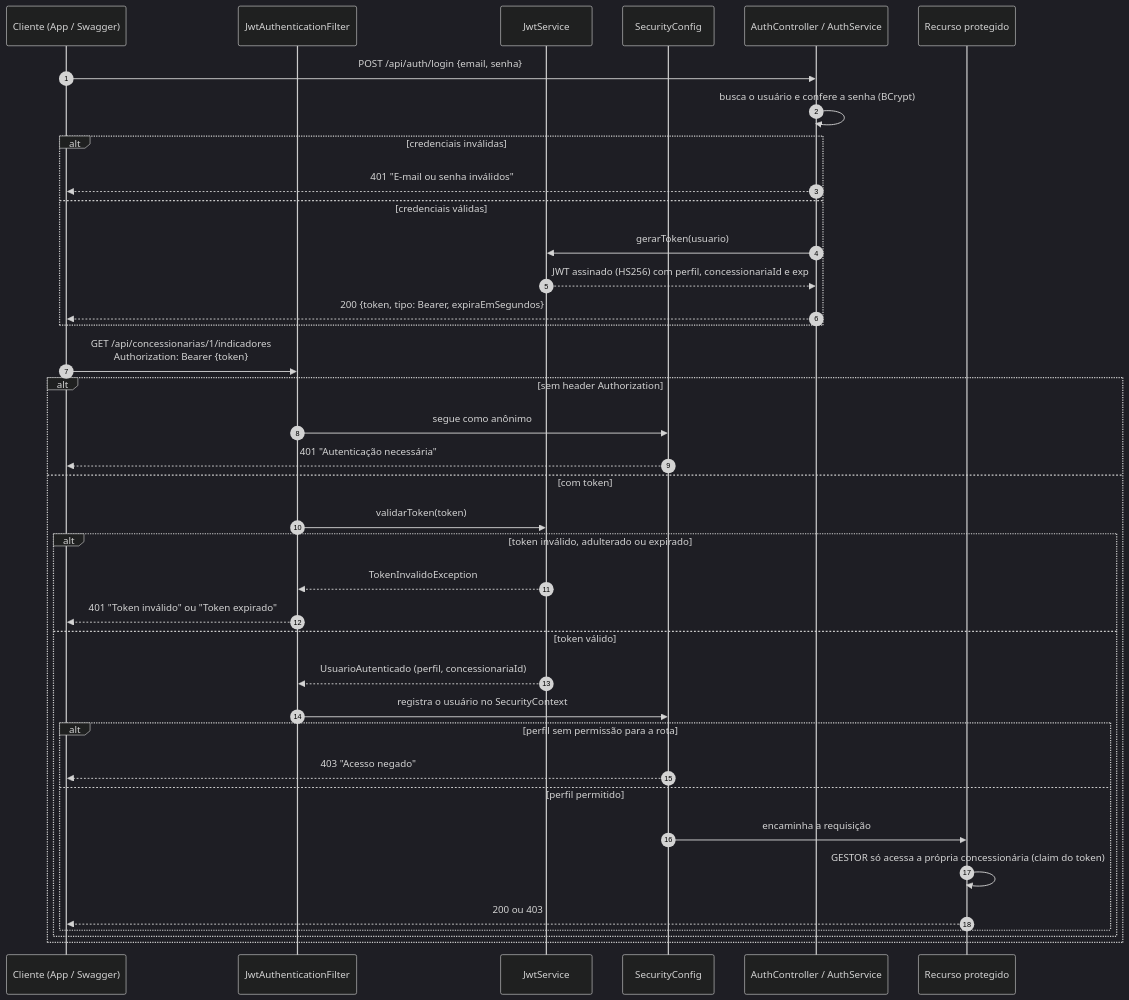
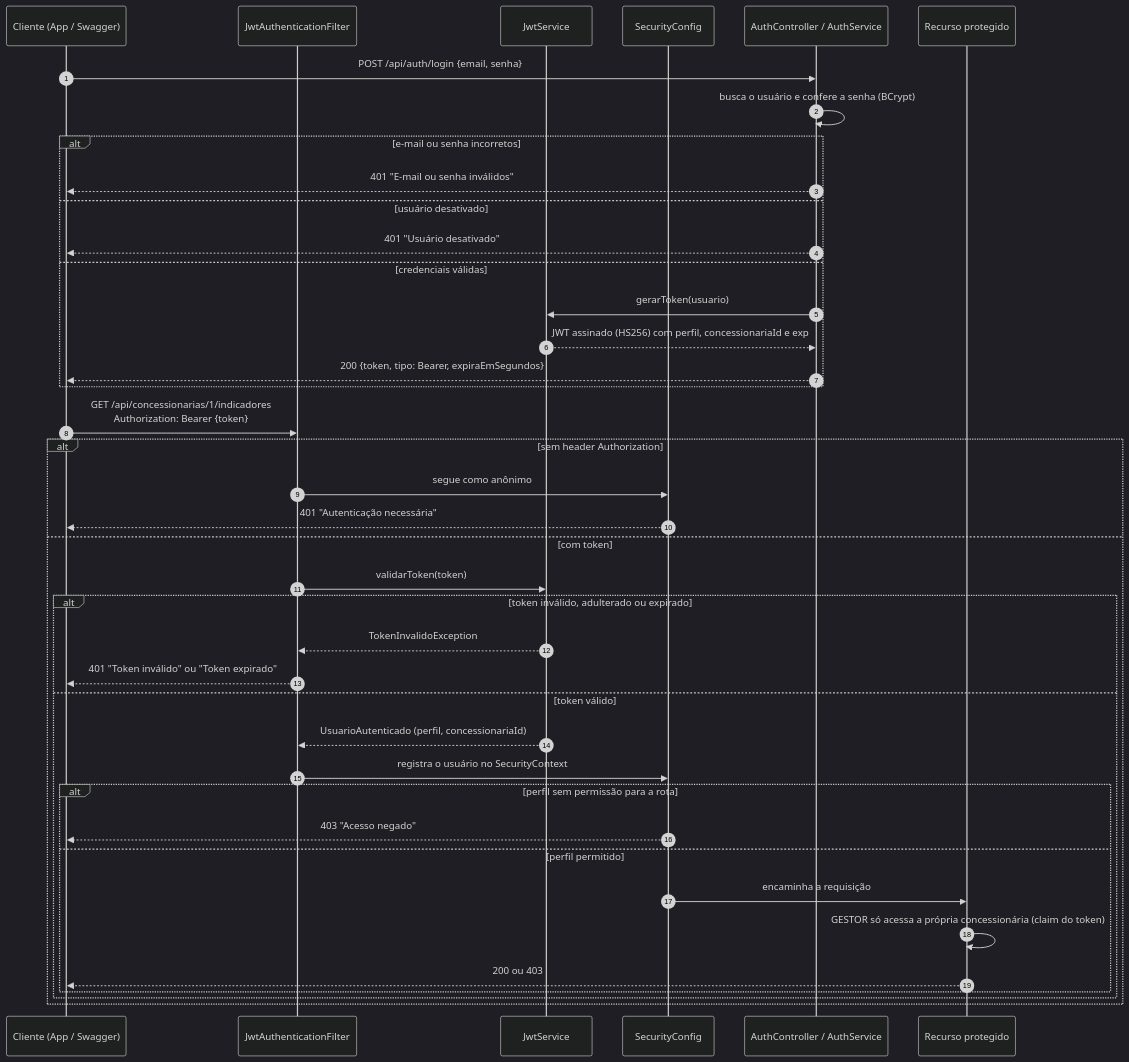
The second of 3 diagrams in README.md (CezarBacanieski/challenge-java-soa), drawn with Mermaid (dark theme) before and after one commit. The commit also changed other lines of this file, not shown here.

First line of the commit message:
docs: corrige diagramas conforme o código

````diff
--- a/README.md
+++ b/README.md
@@ -200,42 +201,44 @@
 ```mermaid
 sequenceDiagram
     autonumber
     participant C as Cliente (App / Swagger)
     participant F as JwtAuthenticationFilter
     participant J as JwtService
     participant S as SecurityConfig
     participant A as AuthController / AuthService
     participant R as Recurso protegido
 
     C->>A: POST /api/auth/login {email, senha}
     A->>A: busca o usuário e confere a senha (BCrypt)
-    alt credenciais inválidas
+    alt e-mail ou senha incorretos
         A-->>C: 401 "E-mail ou senha inválidos"
+    else usuário desativado
+        A-->>C: 401 "Usuário desativado"
     else credenciais válidas
         A->>J: gerarToken(usuario)
         J-->>A: JWT assinado (HS256) com perfil, concessionariaId e exp
         A-->>C: 200 {token, tipo: Bearer, expiraEmSegundos}
     end
 
     C->>F: GET /api/concessionarias/1/indicadores<br/>Authorization: Bearer {token}
     alt sem header Authorization
         F->>S: segue como anônimo
         S-->>C: 401 "Autenticação necessária"
     else com token
         F->>J: validarToken(token)
         alt token inválido, adulterado ou expirado
             J-->>F: TokenInvalidoException
             F-->>C: 401 "Token inválido" ou "Token expirado"
         else token válido
             J-->>F: UsuarioAutenticado (perfil, concessionariaId)
             F->>S: registra o usuário no SecurityContext
             alt perfil sem permissão para a rota
                 S-->>C: 403 "Acesso negado"
             else perfil permitido
                 S->>R: encaminha a requisição
                 R->>R: GESTOR só acessa a própria concessionária (claim do token)
                 R-->>C: 200 ou 403
             end
         end
     end
 ```
````
